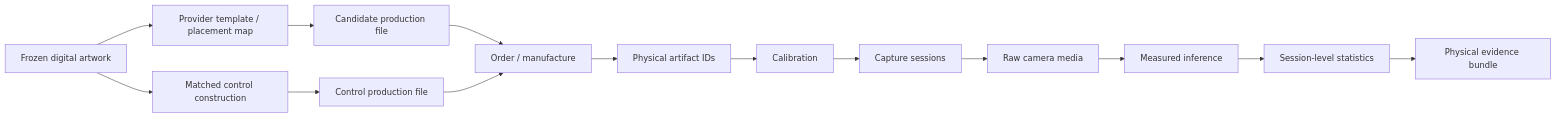
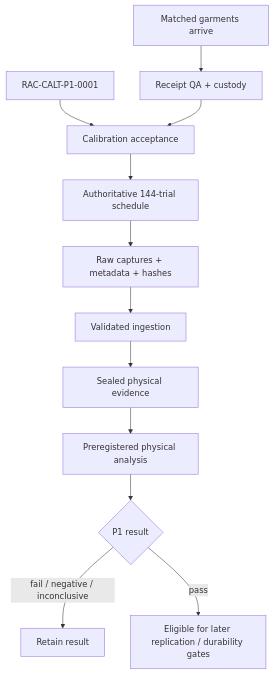
One commit to ninja-ops-guy/adversarial-clothing-pipeline changed the eighth of 13 diagrams in docs/DIAGRAMS.md. Above: the diagram before and after it, drawn with Mermaid. The commit also changed other lines of this file, not shown here.

Commit message:
docs: refresh RAC diagrams for current lineage and P1 path

````diff
--- a/docs/DIAGRAMS.md
+++ b/docs/DIAGRAMS.md
@@ -189,16 +177,14 @@
 ```mermaid
-flowchart LR
-    A[Frozen digital artwork] --> B[Provider template / placement map]
-    B --> C[Candidate production file]
-    A --> D[Matched control construction]
-    D --> E[Control production file]
-    C --> F[Order / manufacture]
-    E --> F
-    F --> G[Physical artifact IDs]
-    G --> H[Calibration]
-    H --> I[Capture sessions]
-    I --> J[Raw camera media]
-    J --> K[Measured inference]
-    K --> L[Session-level statistics]
-    L --> M[Physical evidence bundle]
+flowchart TD
+    O[Matched garments arrive] --> Q[Receipt QA + custody]
+    T[RAC-CALT-P1-0001] --> C[Calibration acceptance]
+    Q --> C
+    C --> S[Authoritative 144-trial schedule]
+    S --> M[Raw captures + metadata + hashes]
+    M --> I[Validated ingestion]
+    I --> E[Sealed physical evidence]
+    E --> A[Preregistered physical analysis]
+    A --> R{P1 result}
+    R -->|fail / negative / inconclusive| N[Retain result]
+    R -->|pass| P[Eligible for later replication / durability gates]
 ```
````
